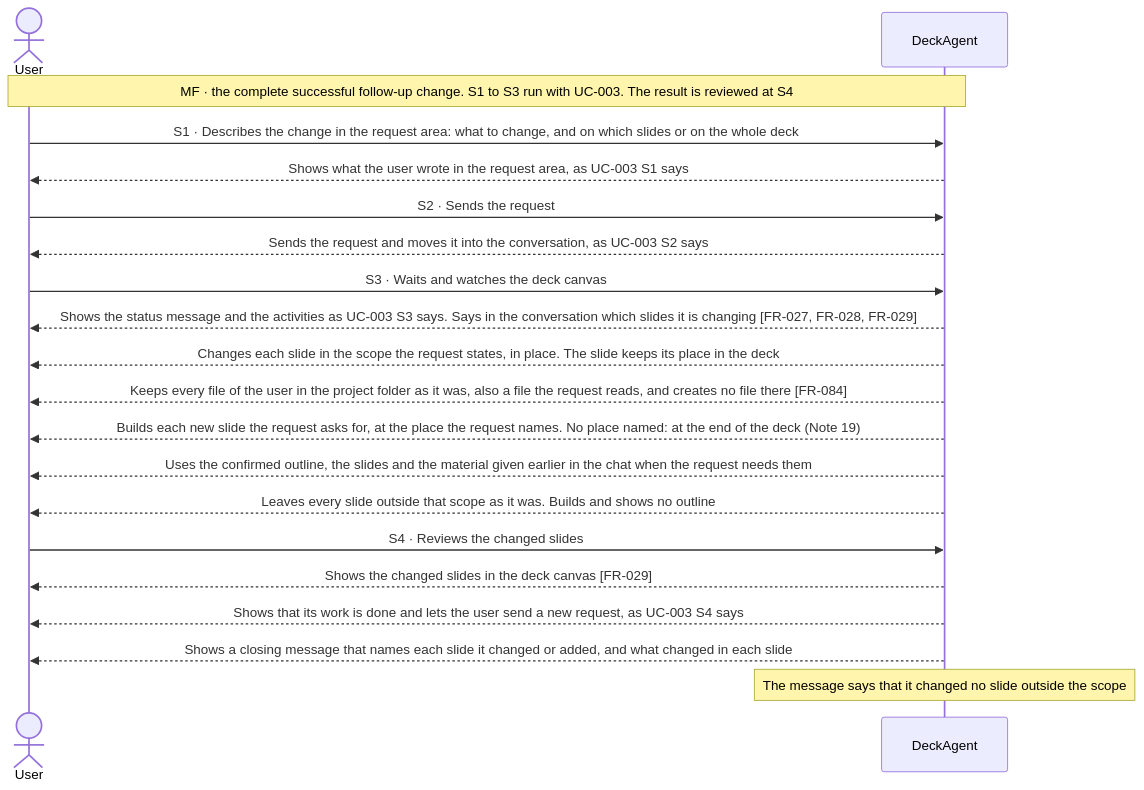
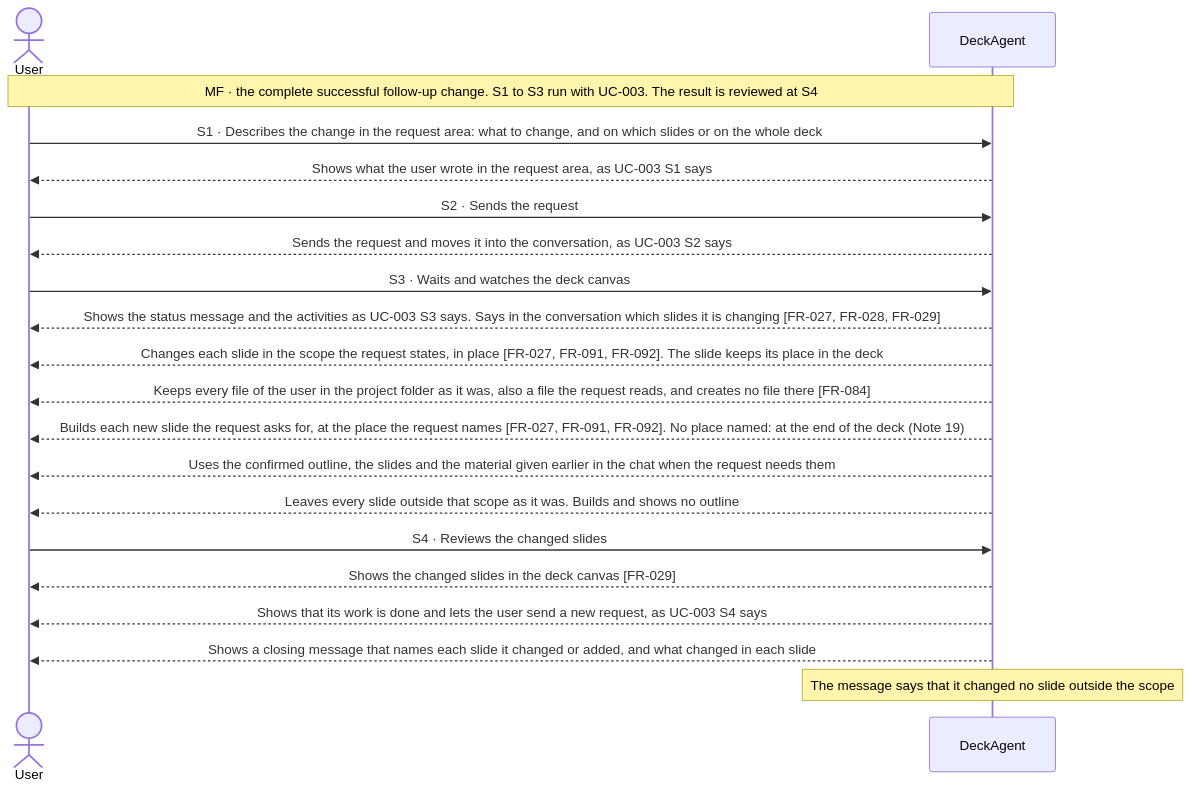
One commit to Luke23127006/DeckAgent changed the first of 13 diagrams in docs/spec/03-use-cases/UC-002.md. Above: the diagram before and after it, drawn with Mermaid. The commit also changed other lines of this file and 7 other files, not shown here.

````diff
--- a/docs/spec/03-use-cases/UC-002.md
+++ b/docs/spec/03-use-cases/UC-002.md
@@ -41,22 +41,22 @@
 ```mermaid
 sequenceDiagram
     actor User
     participant DeckAgent
     Note over User,DeckAgent: MF · the complete successful follow-up change. S1 to S3 run with UC-003. The result is reviewed at S4
     User->>DeckAgent: S1 · Describes the change in the request area: what to change, and on which slides or on the whole deck
     DeckAgent-->>User: Shows what the user wrote in the request area, as UC-003 S1 says
     User->>DeckAgent: S2 · Sends the request
     DeckAgent-->>User: Sends the request and moves it into the conversation, as UC-003 S2 says
     User->>DeckAgent: S3 · Waits and watches the deck canvas
     DeckAgent-->>User: Shows the status message and the activities as UC-003 S3 says. Says in the conversation which slides it is changing [FR-027, FR-028, FR-029]
-    DeckAgent-->>User: Changes each slide in the scope the request states, in place. The slide keeps its place in the deck
+    DeckAgent-->>User: Changes each slide in the scope the request states, in place [FR-027, FR-091, FR-092]. The slide keeps its place in the deck
     DeckAgent-->>User: Keeps every file of the user in the project folder as it was, also a file the request reads, and creates no file there [FR-084]
-    DeckAgent-->>User: Builds each new slide the request asks for, at the place the request names. No place named: at the end of the deck (Note 19)
+    DeckAgent-->>User: Builds each new slide the request asks for, at the place the request names [FR-027, FR-091, FR-092]. No place named: at the end of the deck (Note 19)
     DeckAgent-->>User: Uses the confirmed outline, the slides and the material given earlier in the chat when the request needs them
     DeckAgent-->>User: Leaves every slide outside that scope as it was. Builds and shows no outline
     User->>DeckAgent: S4 · Reviews the changed slides
     DeckAgent-->>User: Shows the changed slides in the deck canvas [FR-029]
     DeckAgent-->>User: Shows that its work is done and lets the user send a new request, as UC-003 S4 says
     DeckAgent-->>User: Shows a closing message that names each slide it changed or added, and what changed in each slide
     note over DeckAgent: The message says that it changed no slide outside the scope
 ```
````
